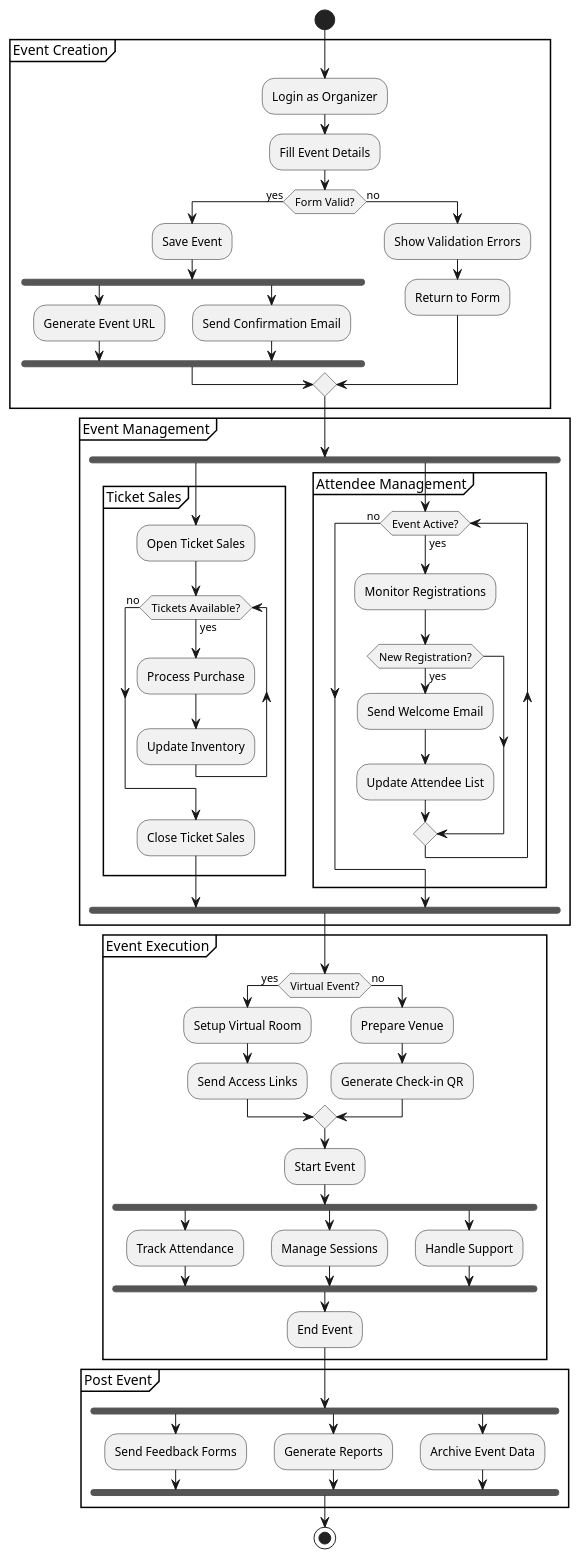
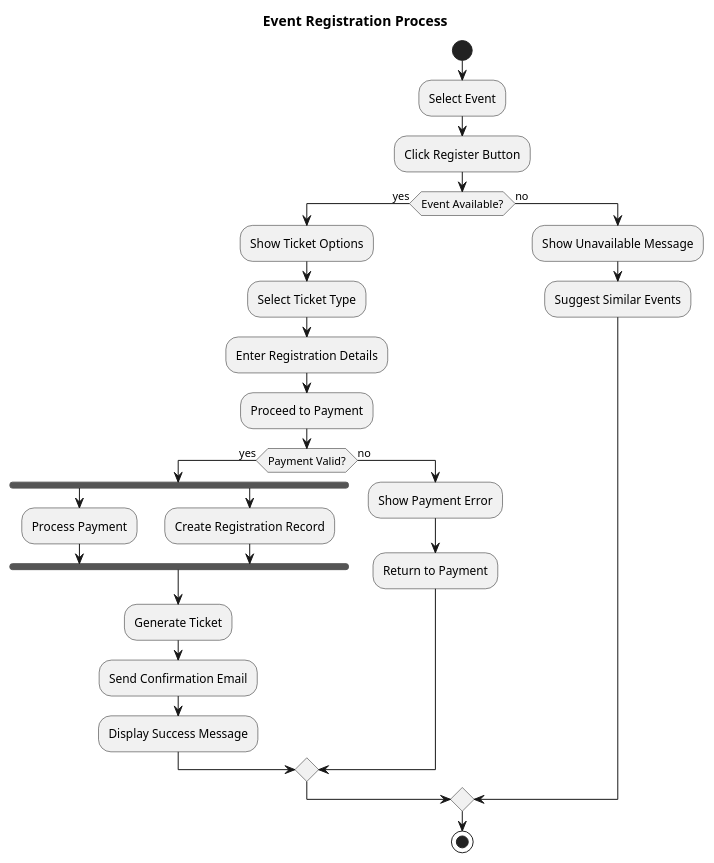
Before and after one commit to LazyEllis/eventify: the fourth of 7 diagrams in chapter-3.md, drawn with PlantUML. The commit also changed other lines of this file and 2 other files, not shown here.

Commit message:
Update Activity and Sequence diagrams
Adjusted the activity and sequence diagrams so that they are focused on
a single aspect of the system. This will make them easier to understand
and more useful for the reader.

````diff
--- a/chapter-3.md
+++ b/chapter-3.md
@@ -505,81 +498,40 @@
   ```plantuml
-  @startuml Activity Diagram
+  @startuml Event Registration Activity
+  
+  title Event Registration Process
   
   start
   
-  partition "Event Creation" {
-    :Login as Organizer;
-    :Fill Event Details;
-    if (Form Valid?) then (yes)
-      :Save Event;
-      fork
-        :Generate Event URL;
-      fork again
-        :Send Confirmation Email;
-      end fork
-    else (no)
-      :Show Validation Errors;
-      :Return to Form;
-    endif
-  }
+  :Select Event;
   
-  partition "Event Management" {
-    fork
-      partition "Ticket Sales" {
-        :Open Ticket Sales;
-        while (Tickets Available?) is (yes)
-          :Process Purchase;
-          :Update Inventory;
-        endwhile (no)
-        :Close Ticket Sales;
-      }
+  :Click Register Button;
   
-      fork again
-      partition "Attendee Management" {
-        while (Event Active?) is (yes)
-          :Monitor Registrations;
-          if (New Registration?) then (yes)
-            :Send Welcome Email;
-            :Update Attendee List;
-          endif
-        endwhile (no)
-      }
-    end fork
-  }
+  if (Event Available?) then (yes)
+      :Show Ticket Options;
+      :Select Ticket Type;
+      :Enter Registration Details;
+      :Proceed to Payment;
   
-  partition "Event Execution" {
-    if (Virtual Event?) then (yes)
-      :Setup Virtual Room;
-      :Send Access Links;
-    else (no)
-      :Prepare Venue;
-      :Generate Check-in QR;
-    endif
+      if (Payment Valid?) then (yes)
+          fork
+              :Process Payment;
+          fork again
+              :Create Registration Record;
+          end fork
   
-    :Start Event;
-  
-    fork
-      :Track Attendance;
-    fork again
-      :Manage Sessions;
-    fork again
-      :Handle Support;
-    end fork
-  
-    :End Event;
-  }
-  
-  partition "Post Event" {
-    fork
-      :Send Feedback Forms;
-    fork again
-      :Generate Reports;
-    fork again
-      :Archive Event Data;
-    end fork
-  }
+          :Generate Ticket;
+          :Send Confirmation Email;
+          :Display Success Message;
+      else (no)
+          :Show Payment Error;
+          :Return to Payment;
+      endif
+  else (no)
+      :Show Unavailable Message;
+      :Suggest Similar Events;
+  endif
   
   stop
   
   @enduml
-  ```  
+  ```
````
